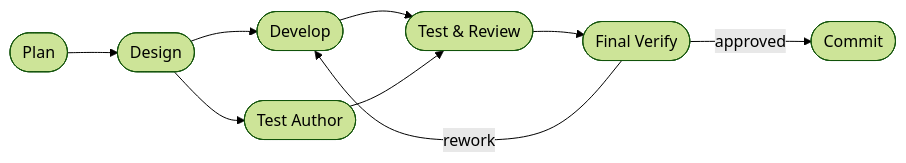
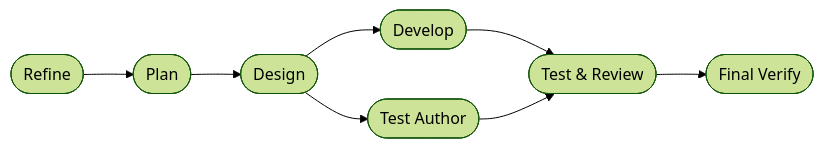
The diagram in .dev/DASHBOARD.md (hjhun/dormammu), drawn with Mermaid (forest theme) before and after one commit. The commit also changed other lines of this file and 5 other files, not shown here.

````diff
--- a/.dev/DASHBOARD.md
+++ b/.dev/DASHBOARD.md
@@ -24,11 +22,10 @@
 ```mermaid
 flowchart LR
-    plan([Plan]) --> design([Design])
+    refine([Refine]) --> plan([Plan])
+    plan --> design([Design])
     design --> develop([Develop])
     design --> test_author([Test Author])
     develop --> test_review([Test & Review])
     test_author --> test_review
     test_review --> final_verify([Final Verify])
-    final_verify -->|approved| commit([Commit])
-    final_verify -->|rework| develop
 ```
````
